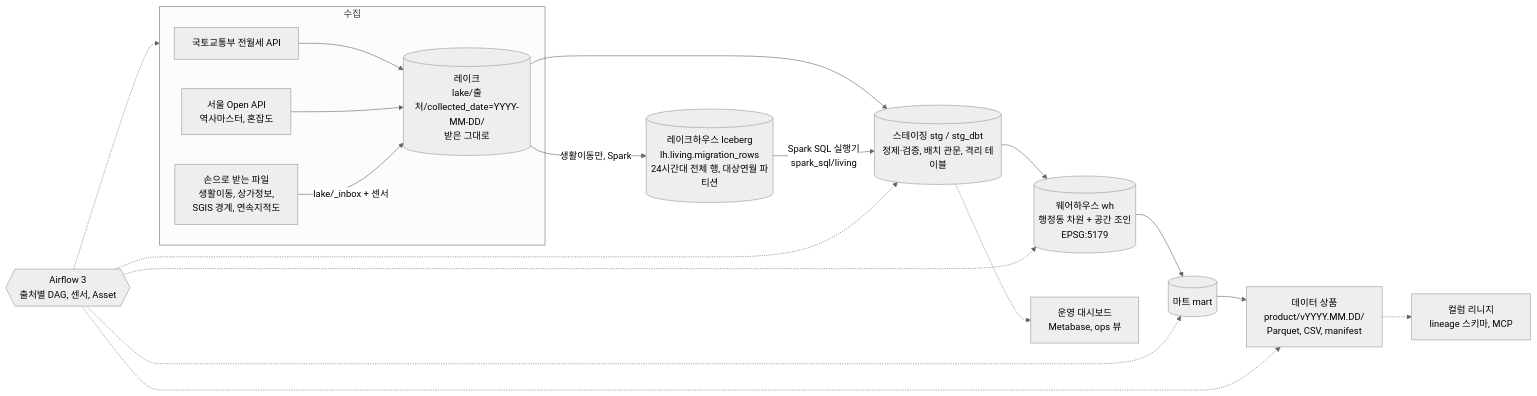
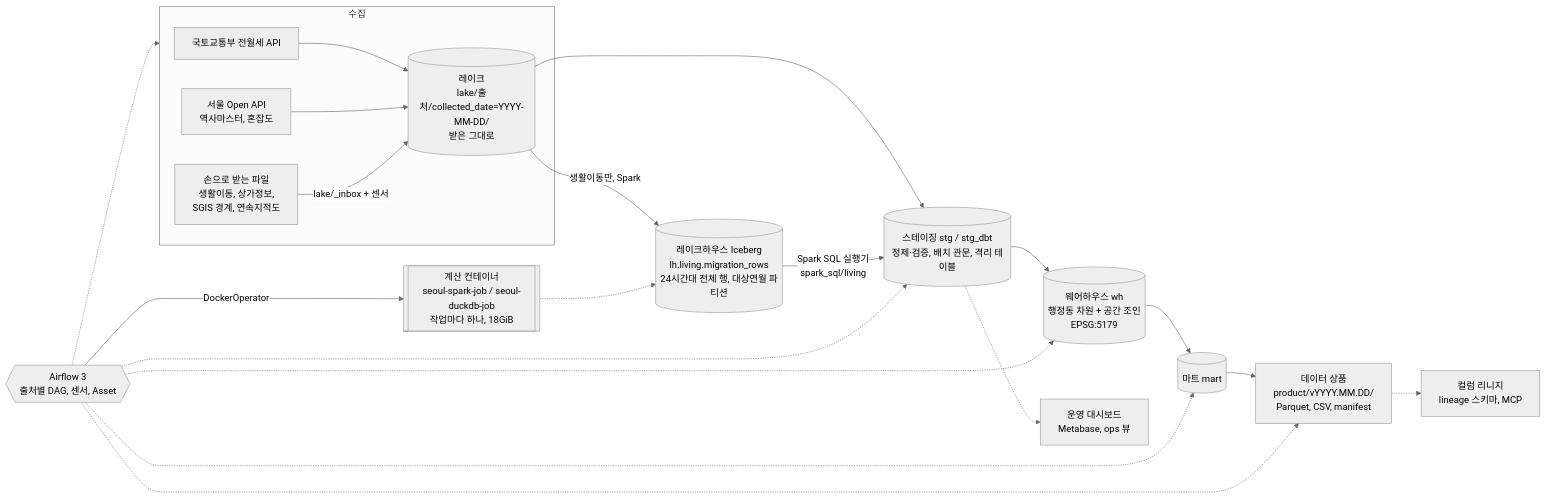
One commit to sozerong/home_in_seoul changed the diagram in README.md. Above: the diagram before and after it, drawn with Mermaid (neutral theme). The commit also changed other lines of this file and 32 other files, not shown here.

Commit message:
결정 109 Airflow 지휘·계산 분리(DockerOperator, 측정 46~48)와 결정 110 DuckDB 진단·배치 처리(측정 49, 50, F-30)

````diff
--- a/README.md
+++ b/README.md
@@ -9,21 +9,23 @@
 ```mermaid
 flowchart LR
     subgraph 수집
         A1[국토교통부 전월세 API] --> L
         A2[서울 Open API<br>역사마스터, 혼잡도] --> L
         F1[손으로 받는 파일<br>생활이동, 상가정보,<br>SGIS 경계, 연속지적도] -->|lake/_inbox + 센서| L
     end
     L[(레이크<br>lake/출처/collected_date=YYYY-MM-DD/<br>받은 그대로)] --> S
     L -->|생활이동만, Spark| I[(레이크하우스 Iceberg<br>lh.living.migration_rows<br>24시간대 전체 행, 대상연월 파티션)]
     I -->|Spark SQL 실행기<br>spark_sql/living| S
     S[(스테이징 stg / stg_dbt<br>정제·검증, 배치 관문, 격리 테이블)] --> W
     W[(웨어하우스 wh<br>행정동 차원 + 공간 조인<br>EPSG:5179)] --> M
     M[(마트 mart)] --> P[데이터 상품<br>product/vYYYY.MM.DD/<br>Parquet, CSV, manifest]
     S -.-> O[운영 대시보드<br>Metabase, ops 뷰]
     P -.-> LN[컬럼 리니지<br>lineage 스키마, MCP]
     AF{{Airflow 3<br>출처별 DAG, 센서, Asset}} -.-> 수집
     AF -.-> S
     AF -.-> W
     AF -.-> M
     AF -.-> P
+    AF -->|DockerOperator| JOB[[계산 컨테이너<br>seoul-spark-job / seoul-duckdb-job<br>작업마다 하나, 18GiB]]
+    JOB -.-> I
 ```
````
